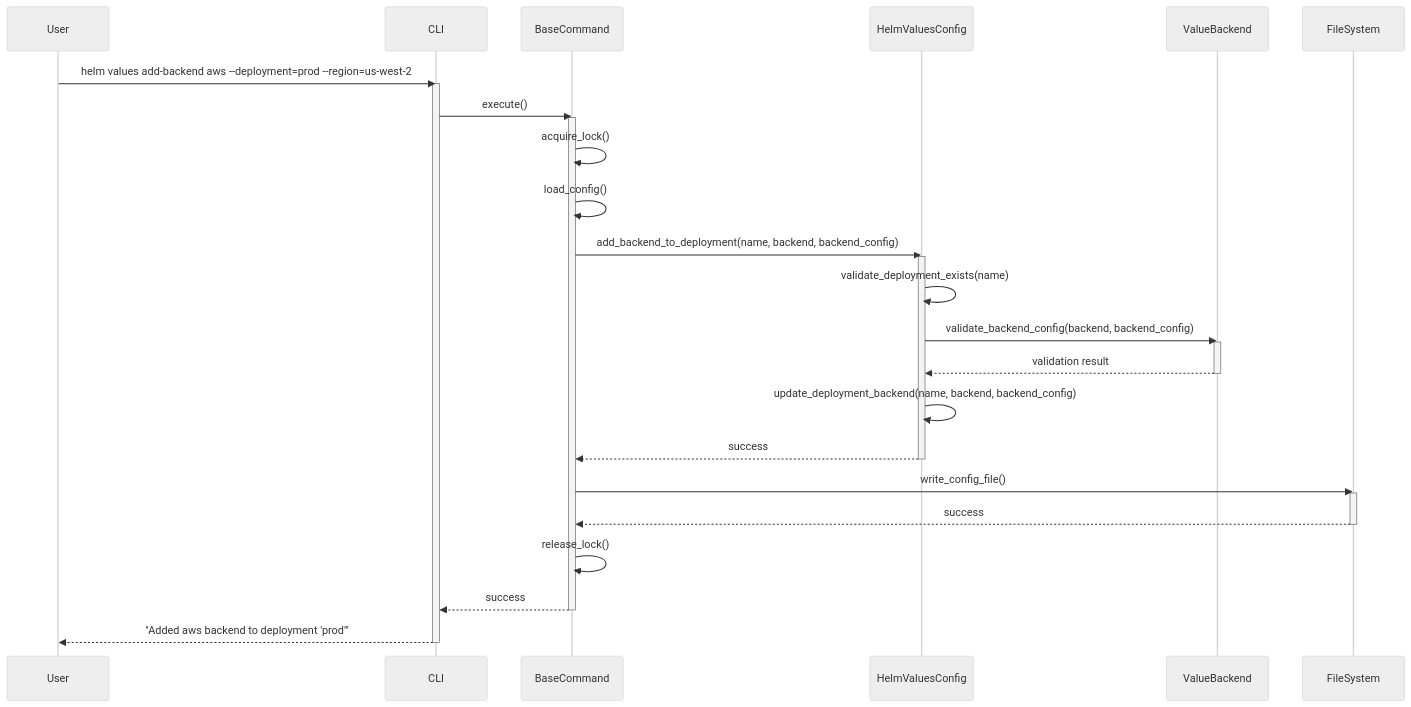
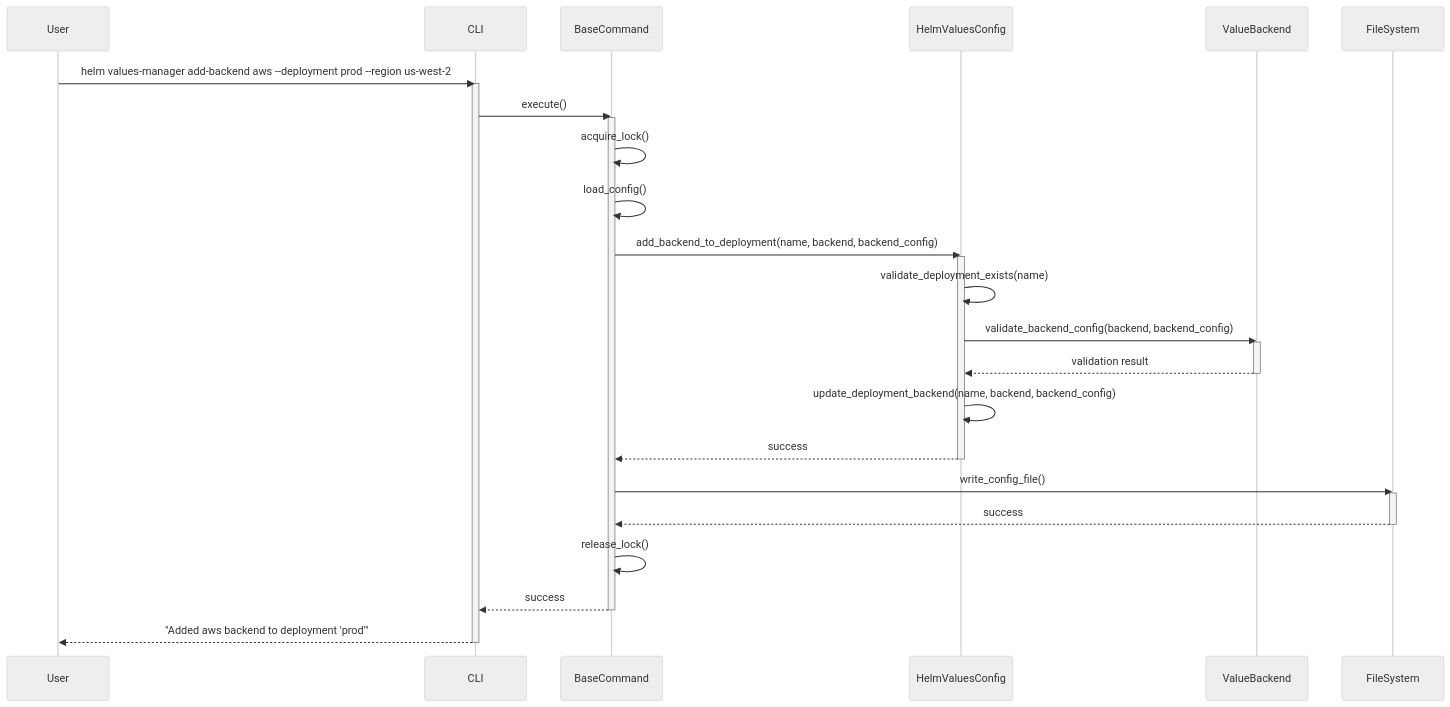
One commit to Zipstack/helm-values-manager changed the fourth of 14 diagrams in docs/Design/sequence-diagrams.md. Above: the diagram before and after it, drawn with Mermaid (neutral theme). The commit also changed other lines of this file, not shown here.

First line of the commit message:
docs: update sequence diagrams with correct command flags

````diff
--- a/docs/Design/sequence-diagrams.md
+++ b/docs/Design/sequence-diagrams.md
@@ -124,41 +124,41 @@
 ```mermaid
 sequenceDiagram
     participant User
     participant CLI
     participant BaseCommand
     participant HelmValuesConfig
     participant ValueBackend
 
-    User->>CLI: helm values add-backend aws --deployment=prod --region=us-west-2
+    User->>CLI: helm values-manager add-backend aws --deployment prod --region us-west-2
     activate CLI
 
     CLI->>BaseCommand: execute()
     activate BaseCommand
 
     BaseCommand->>BaseCommand: acquire_lock()
     BaseCommand->>BaseCommand: load_config()
     BaseCommand->>HelmValuesConfig: add_backend_to_deployment(name, backend, backend_config)
     activate HelmValuesConfig
 
     HelmValuesConfig->>HelmValuesConfig: validate_deployment_exists(name)
     HelmValuesConfig->>ValueBackend: validate_backend_config(backend, backend_config)
     activate ValueBackend
     ValueBackend-->>HelmValuesConfig: validation result
     deactivate ValueBackend
 
     HelmValuesConfig->>HelmValuesConfig: update_deployment_backend(name, backend, backend_config)
     HelmValuesConfig-->>BaseCommand: success
     deactivate HelmValuesConfig
 
     BaseCommand->>FileSystem: write_config_file()
     activate FileSystem
     FileSystem-->>BaseCommand: success
     deactivate FileSystem
 
     BaseCommand->>BaseCommand: release_lock()
     BaseCommand-->>CLI: success
     deactivate BaseCommand
 
     CLI-->>User: "Added aws backend to deployment 'prod'"
     deactivate CLI
 ```
````
